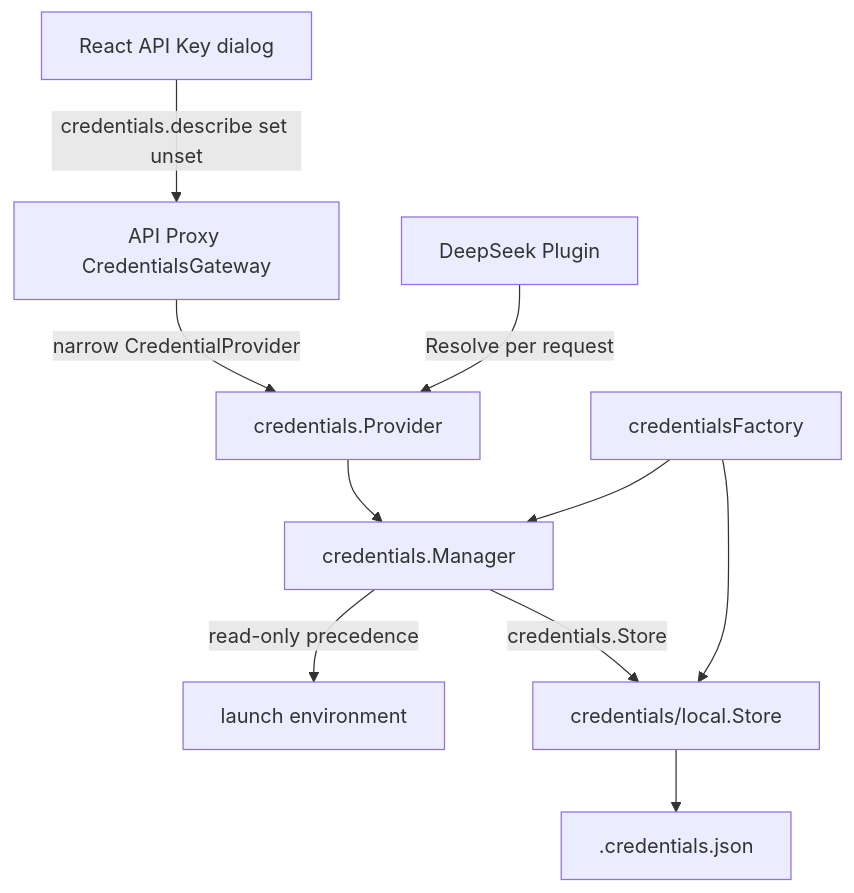
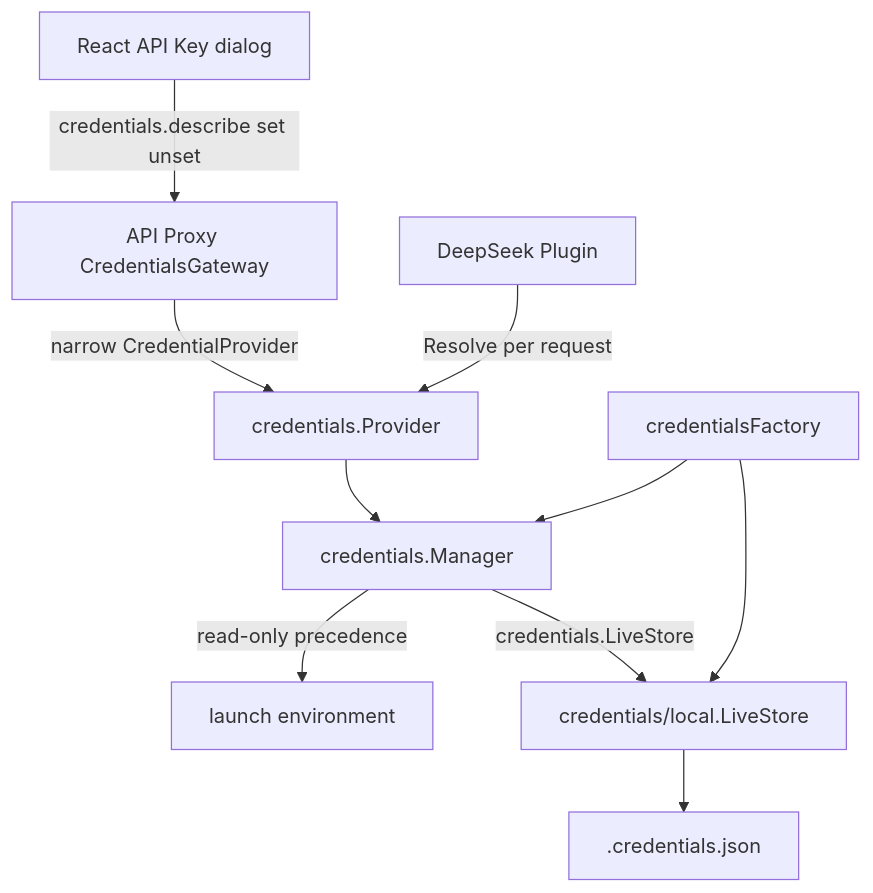
Before and after one commit to gorenx/goren: the first of 3 diagrams in zh-CN/22-credentials-and-api-key-management.md, drawn with Mermaid. The commit also changed other lines of this file and 27 other files, not shown here.

````diff
--- a/zh-CN/22-credentials-and-api-key-management.md
+++ b/zh-CN/22-credentials-and-api-key-management.md
@@ -40,12 +40,12 @@
 ```mermaid
 flowchart TD
     Web[React API Key dialog] -->|credentials.describe set unset| Gateway[API Proxy CredentialsGateway]
     Gateway -->|narrow CredentialProvider| Capability[credentials.Provider]
     DeepSeek[DeepSeek Plugin] -->|Resolve per request| Capability
     Capability --> Manager[credentials.Manager]
     Manager -->|read-only precedence| Env[launch environment]
-    Manager -->|credentials.Store| Local[credentials/local.Store]
+    Manager -->|credentials.LiveStore| Local[credentials/local.LiveStore]
     Local --> File[.credentials.json]
     Factory[credentialsFactory] --> Manager
     Factory --> Local
 ```
````
